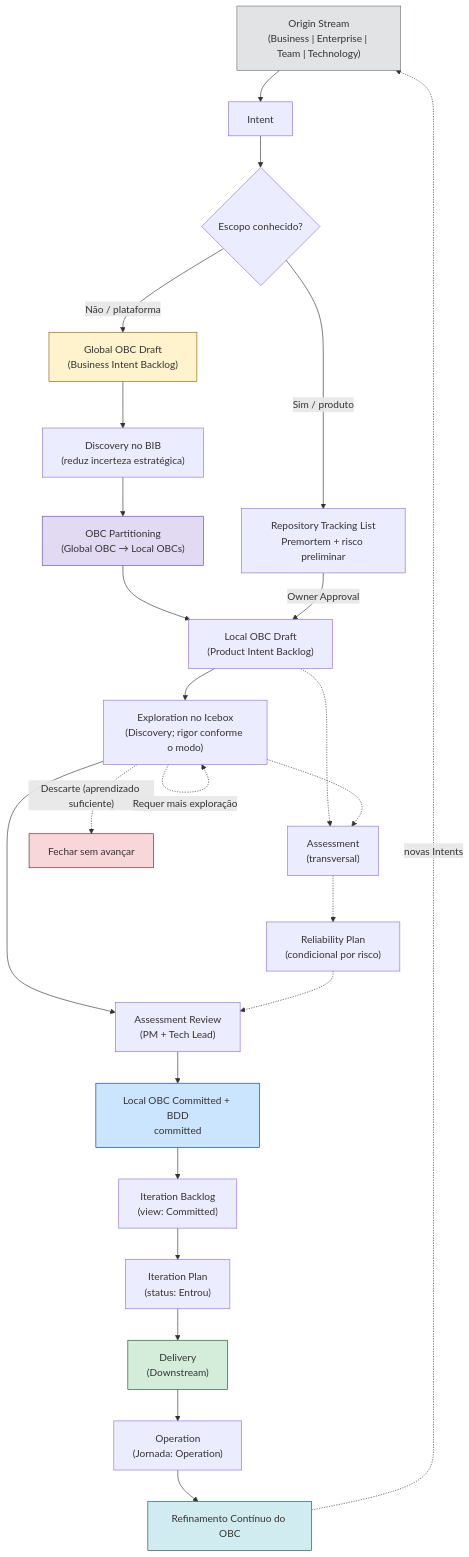
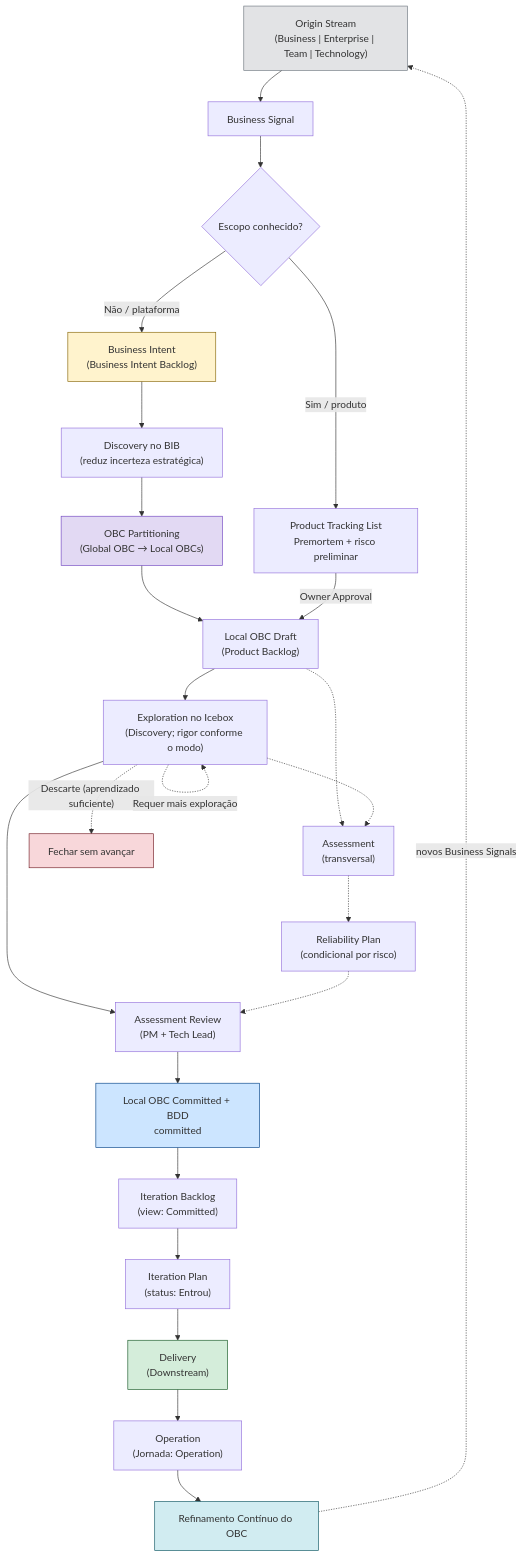
Before and after one commit to produtoreativo/payments-api: the diagram in prodops/framework/flow.md, drawn with Mermaid. The commit also changed other lines of this file and 16 other files, not shown here.

First line of the commit message:
docs(prodops): propagate new model to flow, phases, and journey docs

````diff
--- a/prodops/framework/flow.md
+++ b/prodops/framework/flow.md
@@ -19,53 +19,53 @@
 ```mermaid
 flowchart TD
     OS["Origin Stream\n(Business | Enterprise | Team | Technology)"]
-    I["Intent"]
+    I["Business Signal"]
     CHOICE{"Escopo conhecido?"}
-    RTL["Repository Tracking List\nPremortem + risco preliminar"]
-    GBIB["Global OBC Draft\n(Business Intent Backlog)"]
+    RTL["Product Tracking List\nPremortem + risco preliminar"]
+    GBIB["Business Intent\n(Business Intent Backlog)"]
     EX1["Discovery no BIB\n(reduz incerteza estratégica)"]
     PART["OBC Partitioning\n(Global OBC → Local OBCs)"]
-    LPIB["Local OBC Draft\n(Product Intent Backlog)"]
+    LPIB["Local OBC Draft\n(Product Backlog)"]
     EX2["Exploration no Icebox\n(Discovery; rigor conforme o modo)"]
     AS["Assessment\n(transversal)"]
     RP["Reliability Plan\n(condicional por risco)"]
     REV["Assessment Review\n(PM + Tech Lead)"]
     OBC["Local OBC Committed + BDD\ncommitted"]
     IP["Iteration Plan\n(status: Entrou)"]
     D["Delivery\n(Downstream)"]
     OP["Operation\n(Jornada: Operation)"]
     REF["Refinamento Contínuo do OBC"]
 
     OS --> I
     I --> CHOICE
     CHOICE -->|"Não / plataforma"| GBIB
     CHOICE -->|"Sim / produto"| RTL
     GBIB --> EX1
     EX1 --> PART
     PART --> LPIB
     RTL -->|"Owner Approval"| LPIB
     LPIB --> EX2
     EX2 --> REV
     LPIB -.-> AS
     EX2 -.-> AS
     AS -.-> RP
     RP -.-> REV
     REV --> OBC
     OBC --> IB["Iteration Backlog\n(view: Committed)"]
     IB --> IP
     IP --> D
     D --> OP
     OP --> REF
-    REF -.->|"novas Intents"| OS
+    REF -.->|"novos Business Signals"| OS
 
     EX2 -.->|"Descarte (aprendizado suficiente)"| X[Fechar sem avançar]
     EX2 -.->|"Requer mais exploração"| EX2
 
     style OS fill:#e2e3e5,stroke:#6c757d
     style GBIB fill:#fff3cd,stroke:#856404
     style PART fill:#e2d9f3,stroke:#6f42c1
     style OBC fill:#cce5ff,stroke:#004085
     style D fill:#d4edda,stroke:#155724
     style X fill:#f8d7da,stroke:#721c24
     style REF fill:#d1ecf1,stroke:#0c5460
 ```
````
